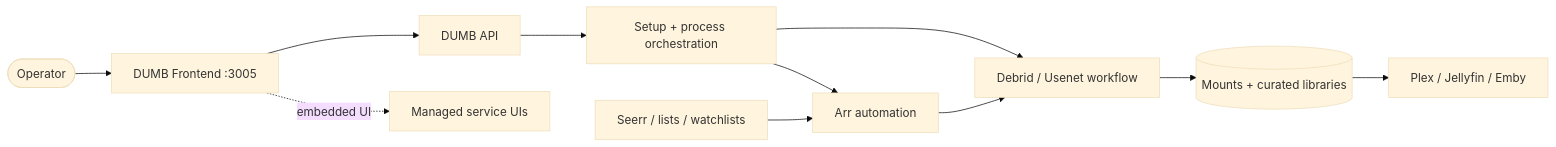
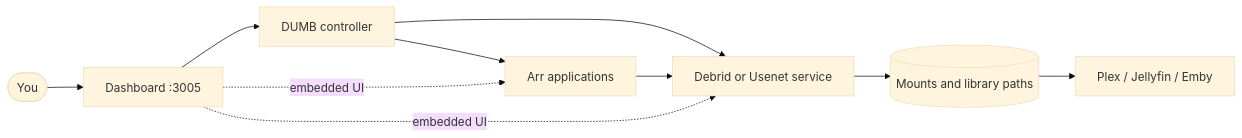
One commit to I-am-PUID-0/DUMB_docs changed the diagram in docs/getting-started/index.md. Above: the diagram before and after it, drawn with Mermaid (base theme). The commit also changed other lines of this file and 160 other files, not shown here.

````diff
--- a/docs/getting-started/index.md
+++ b/docs/getting-started/index.md
@@ -44,13 +44,12 @@
 ```mermaid
 flowchart LR
-    USER([Operator]) --> FE[DUMB Frontend :3005]
-    FE --> API[DUMB API]
-    API --> ORCH[Setup + process orchestration]
-    ORCH --> CORE[Debrid / Usenet workflow]
-    ORCH --> ARR[Arr automation]
-    CORE --> LIB[(Mounts + curated libraries)]
-    ARR --> CORE
+    USER([You]) --> FE[Dashboard :3005]
+    FE --> API[DUMB controller]
+    API --> ARR[Arr applications]
+    API --> FLOW[Debrid or Usenet service]
+    ARR --> FLOW
+    FLOW --> LIB[(Mounts and library paths)]
     LIB --> MEDIA[Plex / Jellyfin / Emby]
-    REQUEST[Seerr / lists / watchlists] --> ARR
-    FE -. embedded UI .-> SVC[Managed service UIs]
+    FE -. embedded UI .-> ARR
+    FE -. embedded UI .-> FLOW
 ```
````
